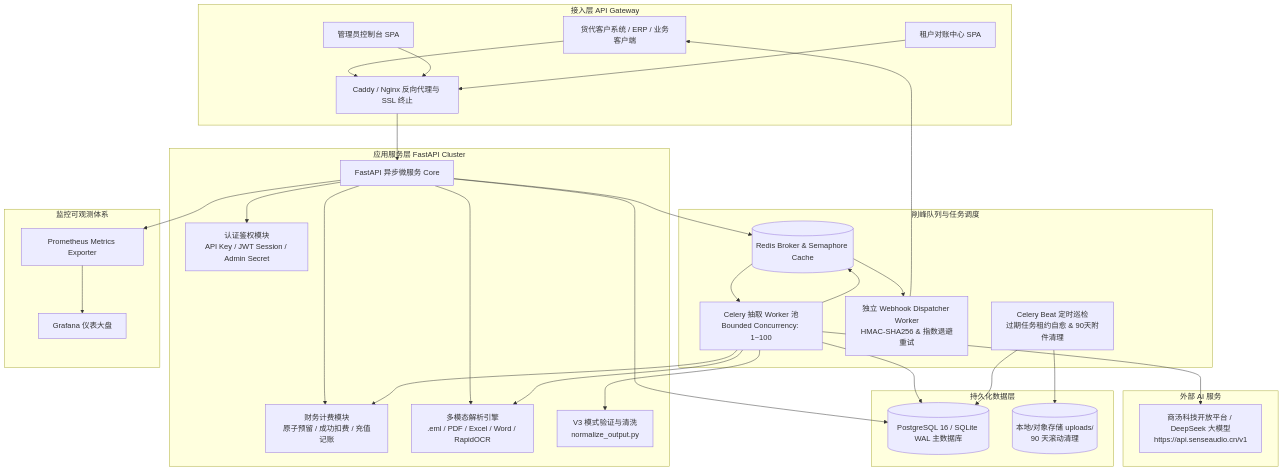
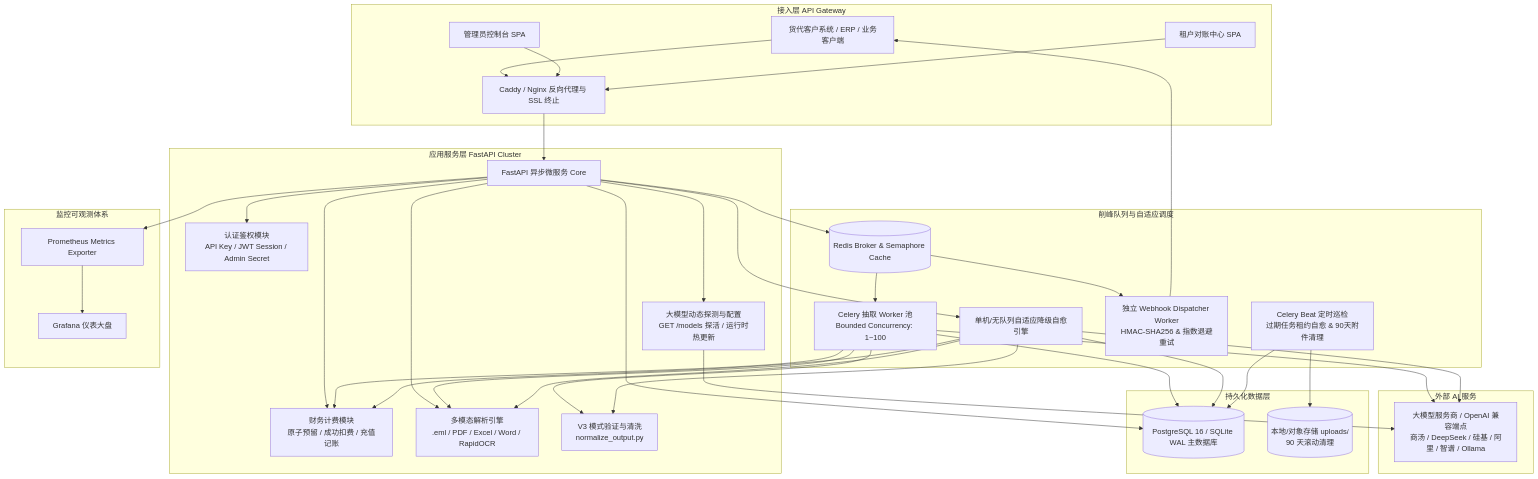
One commit to ARMYAMY/cargoplus-mail-extraction changed the first of 3 diagrams in docs/02_System_Architecture_Design.md. Above: the diagram before and after it, drawn with Mermaid. The commit also changed other lines of this file and 28 other files, not shown here.

````diff
--- a/docs/02_System_Architecture_Design.md
+++ b/docs/02_System_Architecture_Design.md
@@ -9,65 +9,74 @@
 ```mermaid
 graph TB
     subgraph 接入层 [接入层 API Gateway]
         Client[货代客户系统 / ERP / 业务客户端]
         AdminUI[管理员控制台 SPA]
         TenantUI[租户对账中心 SPA]
         Nginx[Caddy / Nginx 反向代理与 SSL 终止]
     end
 
     subgraph 应用服务层 [应用服务层 FastAPI Cluster]
         API[FastAPI 异步微服务 Core]
         AuthModule[认证鉴权模块<br/>API Key / JWT Session / Admin Secret]
+        LLMConfigModule[大模型动态探测与配置<br/>GET /models 探活 / 运行时热更新]
         BillingModule[财务计费模块<br/>原子预留 / 成功扣费 / 充值记账]
         ParserModule[多模态解析引擎<br/>.eml / PDF / Excel / Word / RapidOCR]
         ValidatorModule[V3 模式验证与清洗<br/>normalize_output.py]
     end
 
-    subgraph 队列与调度层 [削峰队列与任务调度]
+    subgraph 队列与调度层 [削峰队列与自适应调度]
         RedisQueue[(Redis Broker & Semaphore Cache)]
         CeleryWorker[Celery 抽取 Worker 池<br/>Bounded Concurrency: 1~100]
+        LocalFallback[单机/无队列自适应降级自愈引擎]
         WebhookWorker[独立 Webhook Dispatcher Worker<br/>HMAC-SHA256 & 指数退避重试]
         CeleryBeat[Celery Beat 定时巡检<br/>过期任务租约自愈 & 90天附件清理]
     end
 
     subgraph 外部智能服务 [外部 AI 服务]
-        LLM[商汤科技开放平台 / DeepSeek 大模型<br/>https://api.senseaudio.cn/v1]
+        LLM[大模型服务商 / OpenAI 兼容端点<br/>商汤 / DeepSeek / 硅基 / 阿里 / 智谱 / Ollama]
     end
 
     subgraph 数据存储层 [持久化数据层]
         DB[(PostgreSQL 16 / SQLite WAL 主数据库)]
         FileSystem[(本地/对象存储 uploads/<br/>90 天滚动清理)]
     end
 
     subgraph 监控可观测层 [监控可观测体系]
         Prometheus[Prometheus Metrics Exporter]
         Grafana[Grafana 仪表大盘]
     end
 
     Client --> Nginx
     AdminUI --> Nginx
     TenantUI --> Nginx
     Nginx --> API
 
     API --> AuthModule
+    API --> LLMConfigModule
     API --> BillingModule
     API --> ParserModule
     API --> RedisQueue
+    API --> LocalFallback
     API --> DB
 
+    LLMConfigModule --> LLM
     RedisQueue --> CeleryWorker
     RedisQueue --> WebhookWorker
     CeleryWorker --> ParserModule
     CeleryWorker --> LLM
     CeleryWorker --> ValidatorModule
     CeleryWorker --> BillingModule
     CeleryWorker --> DB
-    CeleryWorker --> RedisQueue
+    LocalFallback --> ParserModule
+    LocalFallback --> LLM
+    LocalFallback --> ValidatorModule
+    LocalFallback --> BillingModule
+    LocalFallback --> DB
     WebhookWorker --> Client
 
     CeleryBeat --> DB
     CeleryBeat --> FileSystem
 
     API --> Prometheus
     Prometheus --> Grafana
 ```
````
